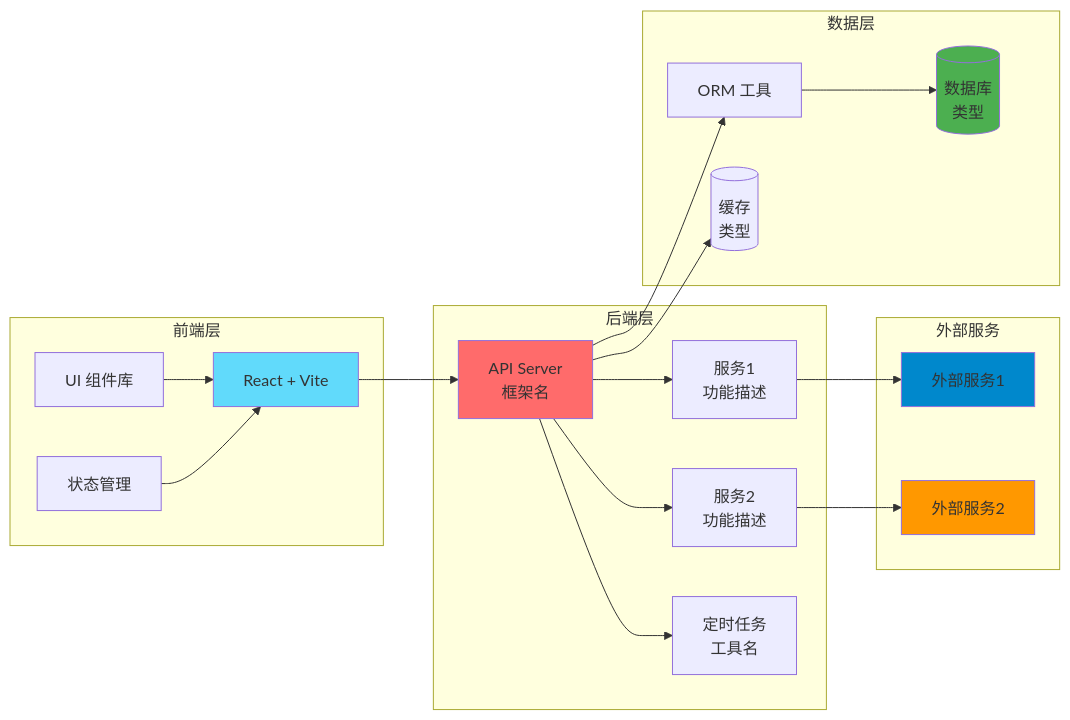
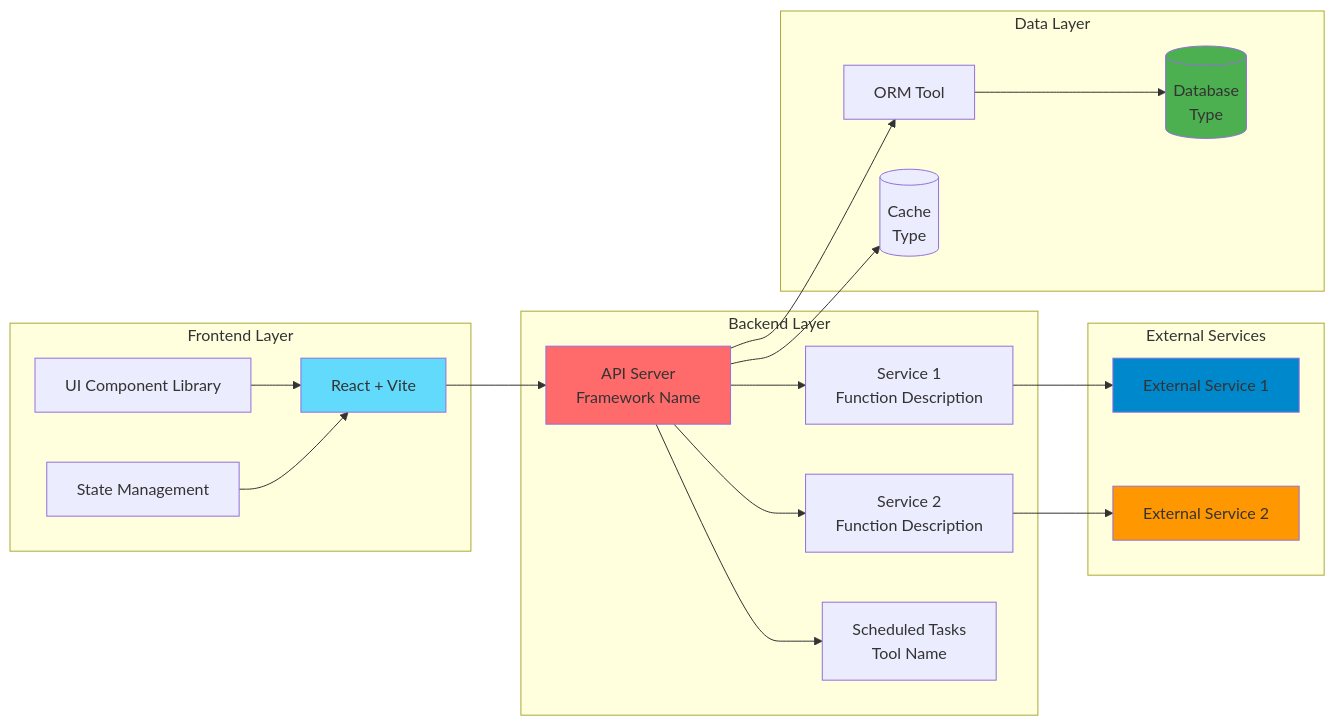
The third of 3 diagrams in references/mermaid-patterns.md (jiffies/project-documentation-skill), drawn with Mermaid before and after one commit. The commit also changed other lines of this file and 3 other files, not shown here.

````diff
--- a/references/mermaid-patterns.md
+++ b/references/mermaid-patterns.md
@@ -118,46 +118,46 @@
 ```mermaid
 graph LR
-    subgraph "前端层"
+    subgraph "Frontend Layer"
         Web[React + Vite]
-        UI[UI 组件库]
-        State[状态管理]
+        UI[UI Component Library]
+        State[State Management]
     end
 
-    subgraph "后端层"
-        API[API Server<br/>框架名]
-        Service1[服务1<br/>功能描述]
-        Service2[服务2<br/>功能描述]
-        Scheduler[定时任务<br/>工具名]
+    subgraph "Backend Layer"
+        API[API Server<br/>Framework Name]
+        Service1[Service 1<br/>Function Description]
+        Service2[Service 2<br/>Function Description]
+        Scheduler[Scheduled Tasks<br/>Tool Name]
     end
 
-    subgraph "数据层"
-        DB[(数据库<br/>类型)]
-        ORM[ORM 工具]
-        Cache[(缓存<br/>类型)]
+    subgraph "Data Layer"
+        DB[(Database<br/>Type)]
+        ORM[ORM Tool]
+        Cache[(Cache<br/>Type)]
     end
 
-    subgraph "外部服务"
-        External1[外部服务1]
-        External2[外部服务2]
+    subgraph "External Services"
+        External1[External Service 1]
+        External2[External Service 2]
     end
 
     Web --> API
     UI --> Web
     State --> Web
 
     API --> Service1
     API --> Service2
     API --> Scheduler
     API --> ORM
 
     Service1 --> External1
     Service2 --> External2
     ORM --> DB
     API --> Cache
 
     style Web fill:#61dafb
     style API fill:#ff6b6b
     style DB fill:#4caf50
     style External1 fill:#0088cc
     style External2 fill:#ff9800
 ```
````
